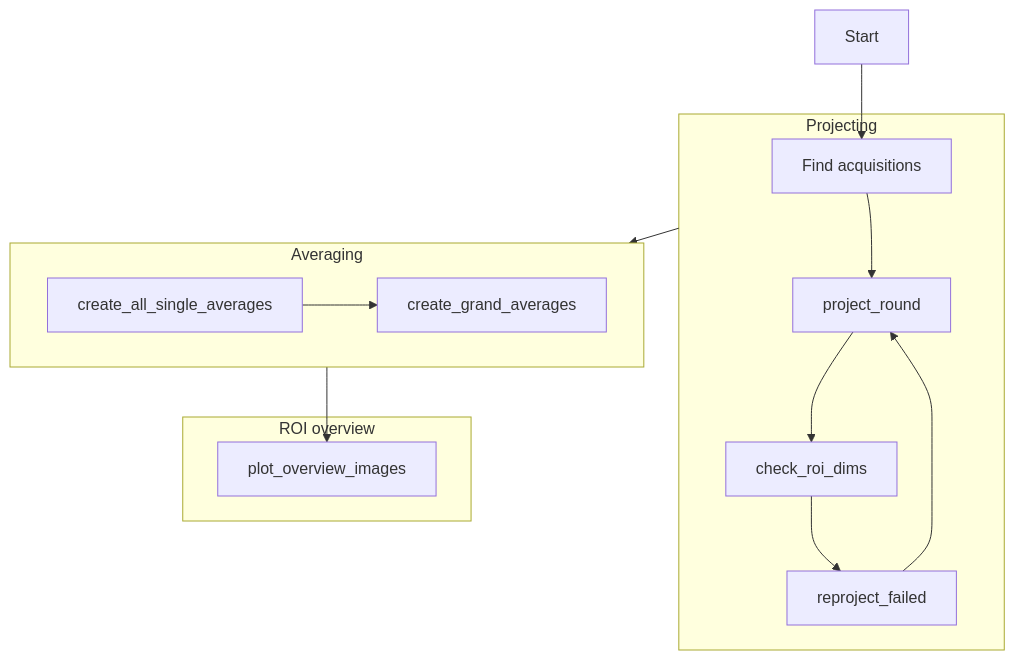
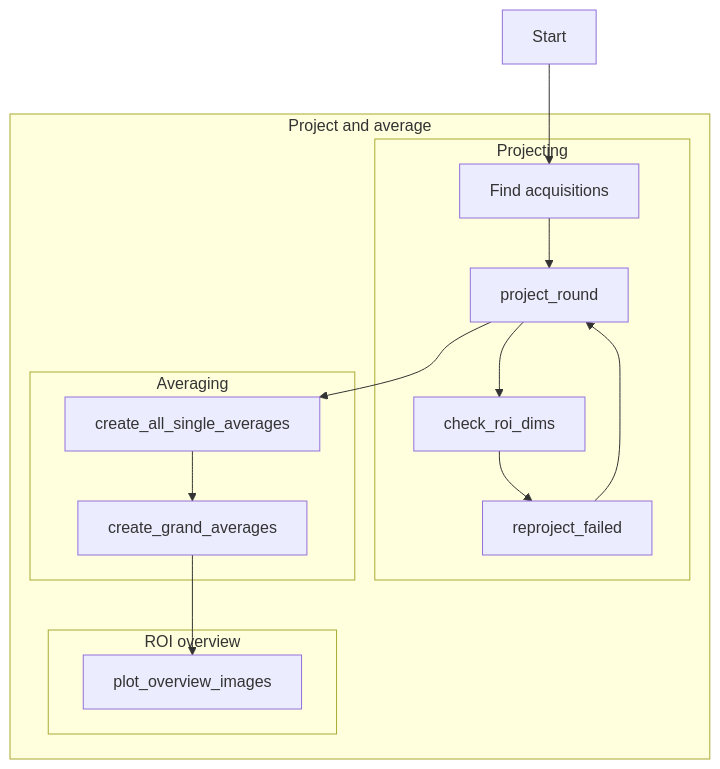
The diagram in docs/source/project_and_average.rst (znamlab/iss-preprocess), drawn with Mermaid before and after one commit. The commit also changed other lines of this file, not shown here.

Commit message:
[doc] improve project and average page

```diff
--- a/docs/source/project_and_average.rst
+++ b/docs/source/project_and_average.rst
@@ -26,24 +26,25 @@
 .. mermaid::
 
     graph TD;
         start[Start] --> find[Find acquisitions];
+        subgraph Project and average
+            subgraph Projecting
+                find --> prj[project_round];
+                prj --> check[check_roi_dims];
+                check --> reprj[reproject_failed];
+                reprj --> prj;
+            end
 
-        subgraph Projecting
-            find --> prj[project_round];
-            prj --> check[check_roi_dims];
-            check --> reprj[reproject_failed];
-            reprj --> prj;
+            subgraph Averaging
+                sav[create_all_single_averages];
+                sav --> gav[create_grand_averages];
+            end
+
+            prj --> sav;
+
+            subgraph ROI overview
+                ovw[plot_overview_images];
+            end
+
+            gav --> ovw;
         end
-
-        subgraph Averaging
-            sav[create_all_single_averages];
-            sav --> gav[create_grand_averages];
-        end
-
-        Projecting --> Averaging;
-
-        subgraph ROI overview
-            ovw[plot_overview_images];
-        end
-
-        Averaging --> ovw;
```
